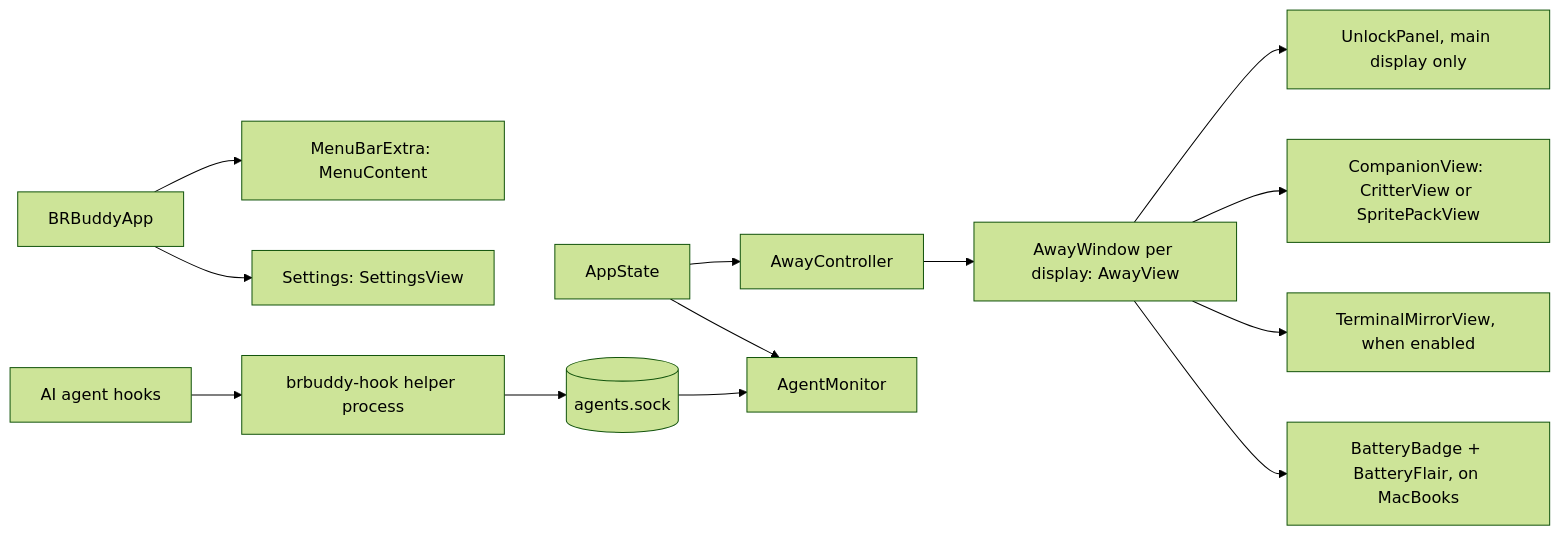
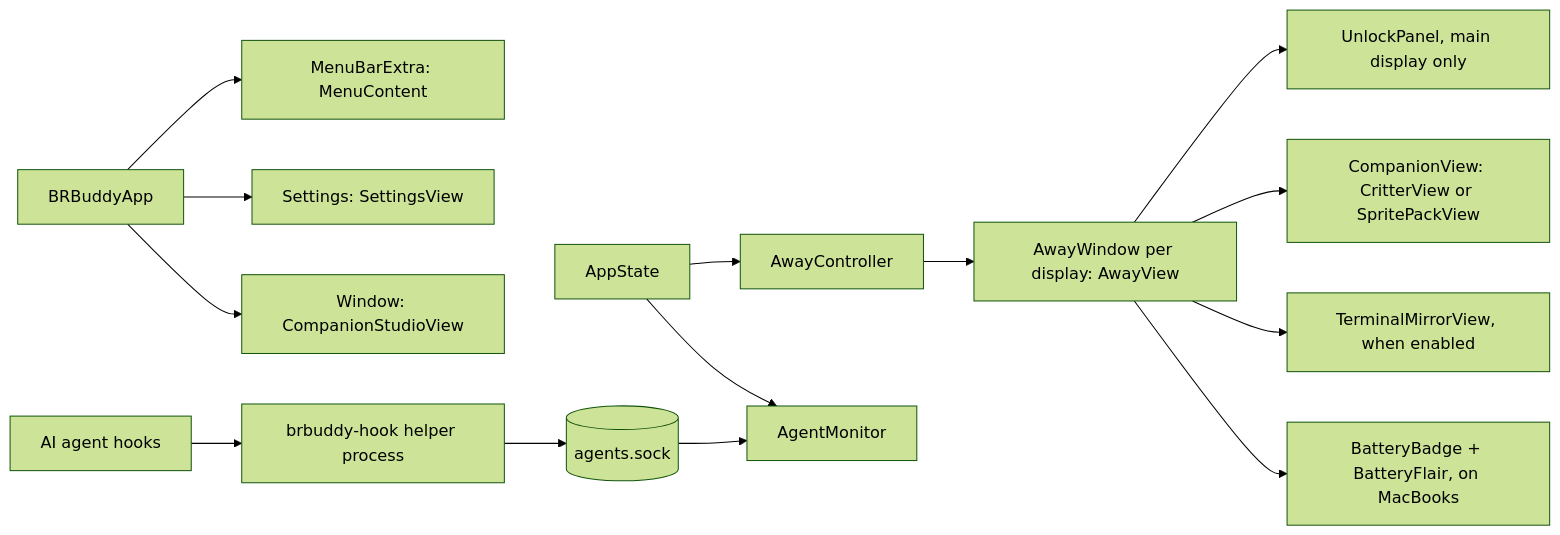
One commit to dhaataalimited-hub/brbuddy changed the first of 2 diagrams in docs/architecture/README.md. Above: the diagram before and after it, drawn with Mermaid (forest theme). The commit also changed other lines of this file and 14 other files, not shown here.

First line of the commit message:
Add Companion Studio: build your own critter and save it as a pack

````diff
--- a/docs/architecture/README.md
+++ b/docs/architecture/README.md
@@ -37,14 +37,15 @@
 ```mermaid
 flowchart LR
   App[BRBuddyApp] --> Menu[MenuBarExtra: MenuContent]
   App --> Settings[Settings: SettingsView]
+  App --> Studio[Window: CompanionStudioView]
   State[AppState] --> Away[AwayController]
   Away --> Win[AwayWindow per display: AwayView]
   Win --> Unlock[UnlockPanel, main display only]
   Win --> Comp[CompanionView: CritterView or SpritePackView]
   Win --> Mirror[TerminalMirrorView, when enabled]
   Win --> Batt[BatteryBadge + BatteryFlair, on MacBooks]
   Agents[AI agent hooks] --> Hook[brbuddy-hook helper process]
   Hook --> Sock[(agents.sock)] --> Monitor[AgentMonitor]
   State --> Monitor
 ```
````
